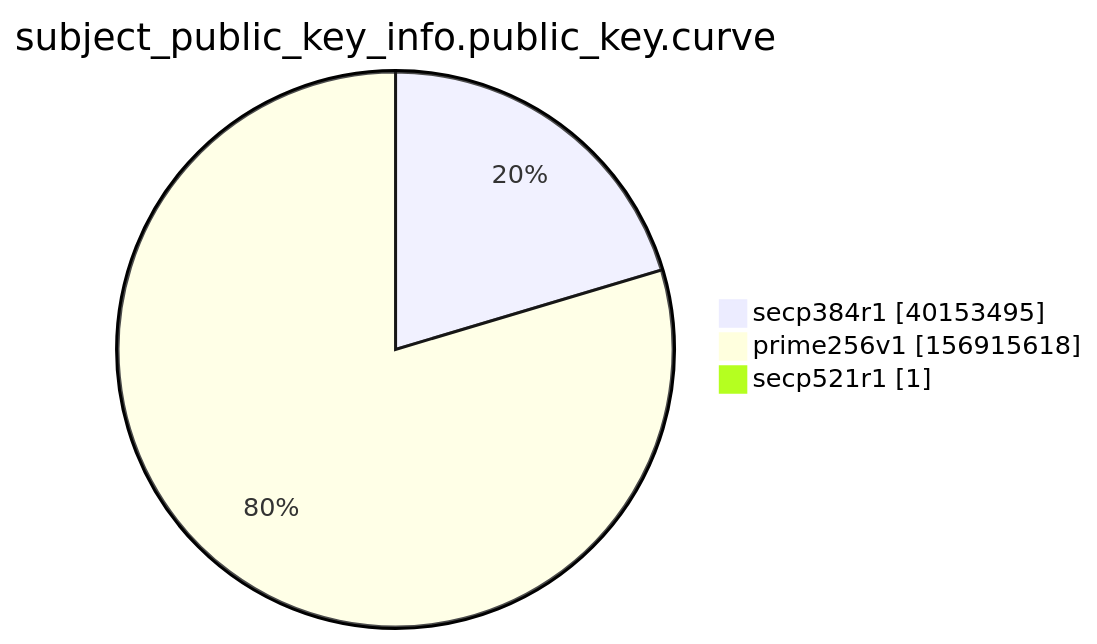
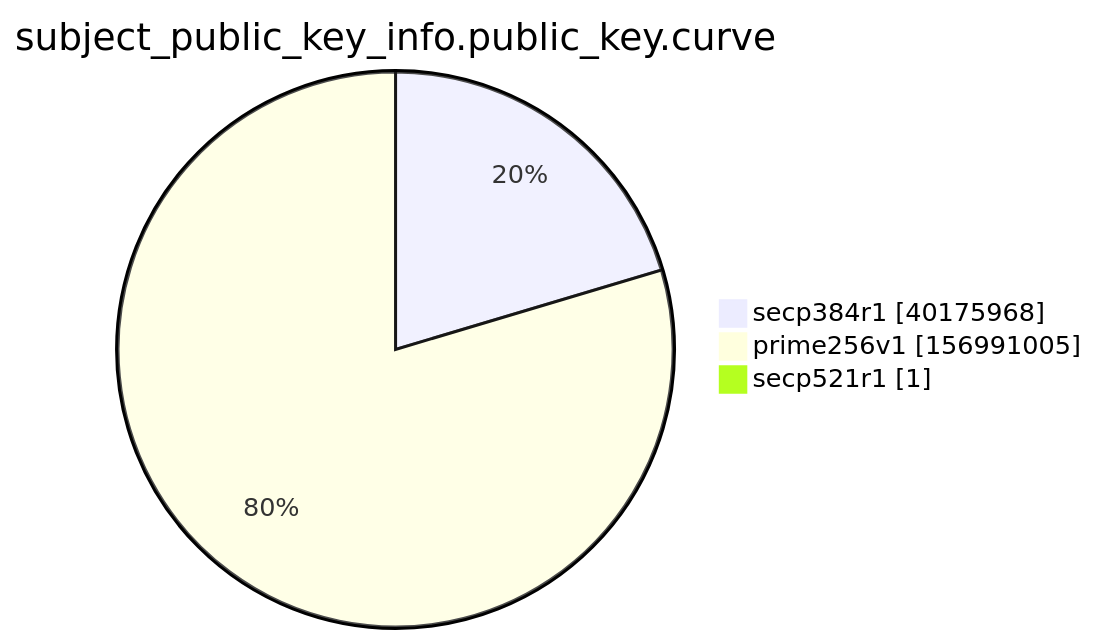
One commit to christiankrug/ctmonitor_visualization changed the ninth of 15 diagrams in xenon2022/README.md. Above: the diagram before and after it, drawn with Mermaid. The commit also changed other lines of this file, not shown here.

````diff
--- a/xenon2022/README.md
+++ b/xenon2022/README.md
@@ -2866,7 +2866,7 @@
 ```mermaid
 pie showData
 title subject_public_key_info.public_key.curve
-"secp384r1" :40153495
-"prime256v1" :156915618
+"secp384r1" :40175968
+"prime256v1" :156991005
 "secp521r1" :1
 ```
````
